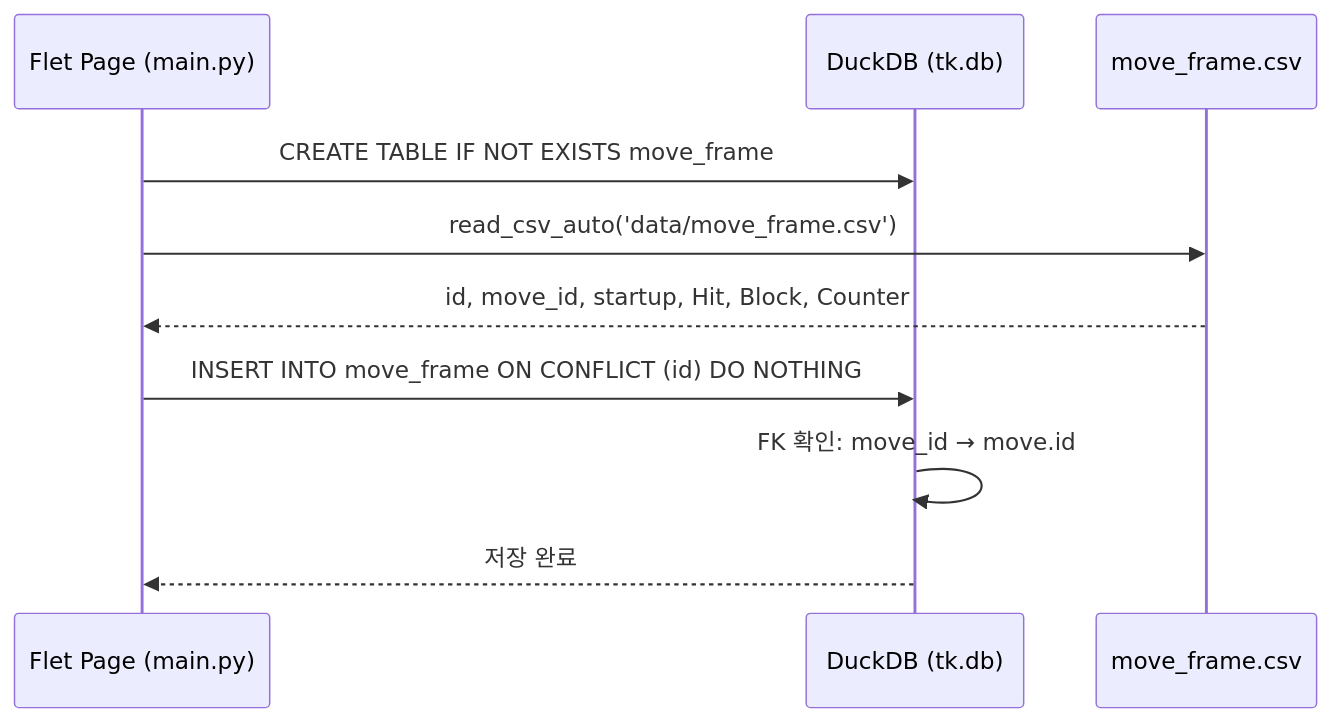
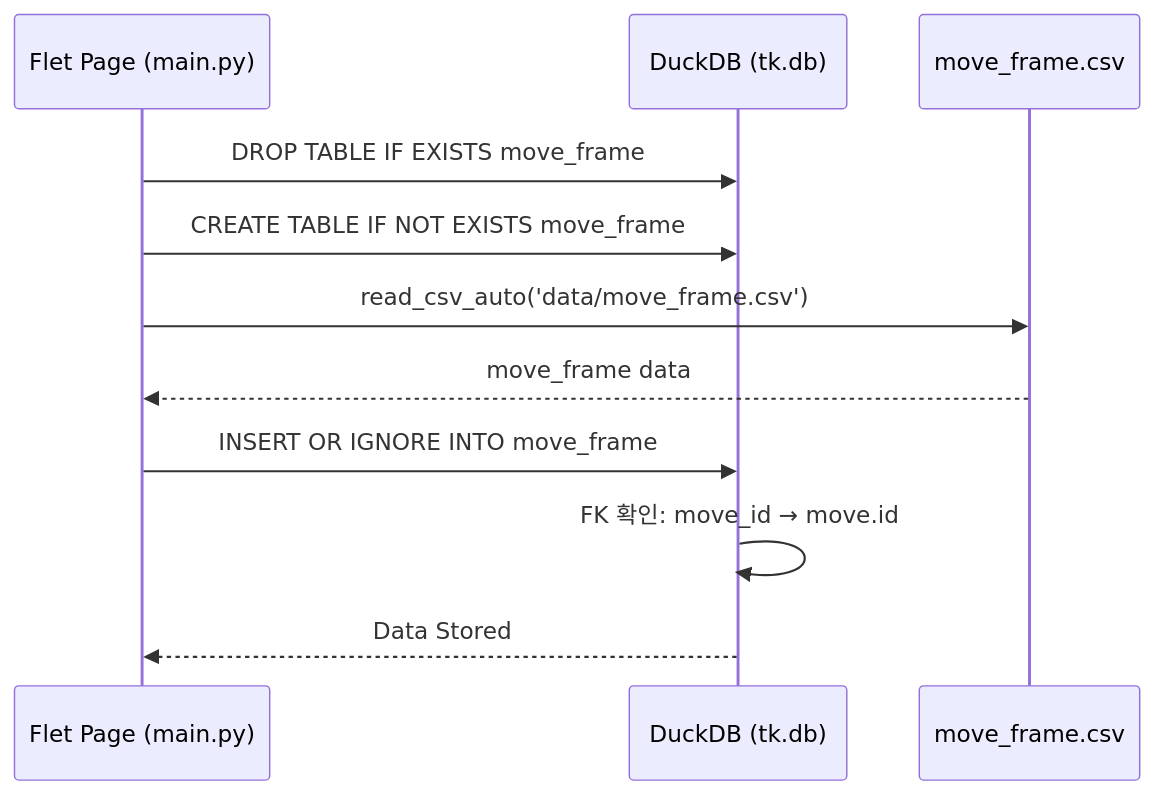
The diagram in mermaid/move_frame.md (joohone570/tekken-db), drawn with Mermaid before and after one commit. The commit also changed 3 other files, not shown here.

````diff
--- a/mermaid/move_frame.md
+++ b/mermaid/move_frame.md
@@ -1,13 +1,14 @@
 ```mermaid
 sequenceDiagram
     participant Page as Flet Page (main.py)
     participant DB as DuckDB (tk.db)
     participant CSV as move_frame.csv
 
+     Page->>DB: DROP TABLE IF EXISTS move_frame
     Page->>DB: CREATE TABLE IF NOT EXISTS move_frame
     Page->>CSV: read_csv_auto('data/move_frame.csv')
-    CSV-->>Page: id, move_id, startup, Hit, Block, Counter
-    Page->>DB: INSERT INTO move_frame ON CONFLICT (id) DO NOTHING
+    CSV-->>Page: move_frame data
+    Page->>DB: INSERT OR IGNORE INTO move_frame 
     DB->>DB: FK 확인: move_id → move.id
-    DB-->>Page: 저장 완료
+    DB-->>Page: Data Stored
 ```
````
